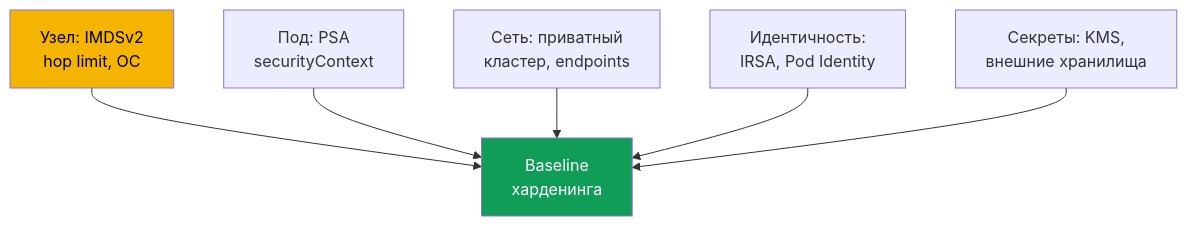
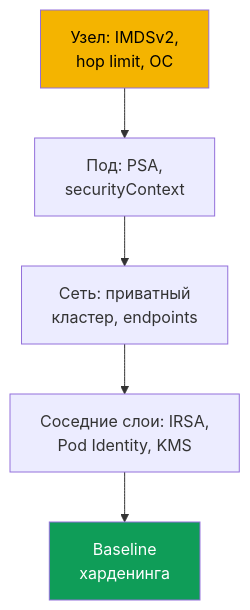
The first of 2 diagrams in tasks/eks/course/19/ru.md (ViktorUJ/cks), drawn with Mermaid before and after one commit. The commit also changed other lines of this file and 52 other files, not shown here.

````diff
--- a/tasks/eks/course/19/ru.md
+++ b/tasks/eks/course/19/ru.md
@@ -36,15 +36,9 @@
 ```mermaid
 flowchart TB
-    node["Узел: IMDSv2<br>hop limit, ОС"]
-    pod["Под: PSA<br>securityContext"]
-    net["Сеть: приватный<br>кластер, endpoints"]
-    identity["Идентичность:<br>IRSA, Pod Identity"]
-    secrets["Секреты: KMS,<br>внешние хранилища"]
-    node --> base["Baseline<br>харденинга"]
-    pod --> base
-    net --> base
-    identity --> base
-    secrets --> base
+    node["Узел: IMDSv2,<br/>hop limit, ОС"] --> pod["Под: PSA,<br/>securityContext"]
+    pod --> net["Сеть: приватный<br/>кластер, endpoints"]
+    net --> idn["Соседние слои: IRSA,<br/>Pod Identity, KMS"]
+    idn --> base["Baseline<br/>харденинга"]
     style base fill:#0f9d58,color:#fff
     style node fill:#f4b400,color:#000
 ```
````
